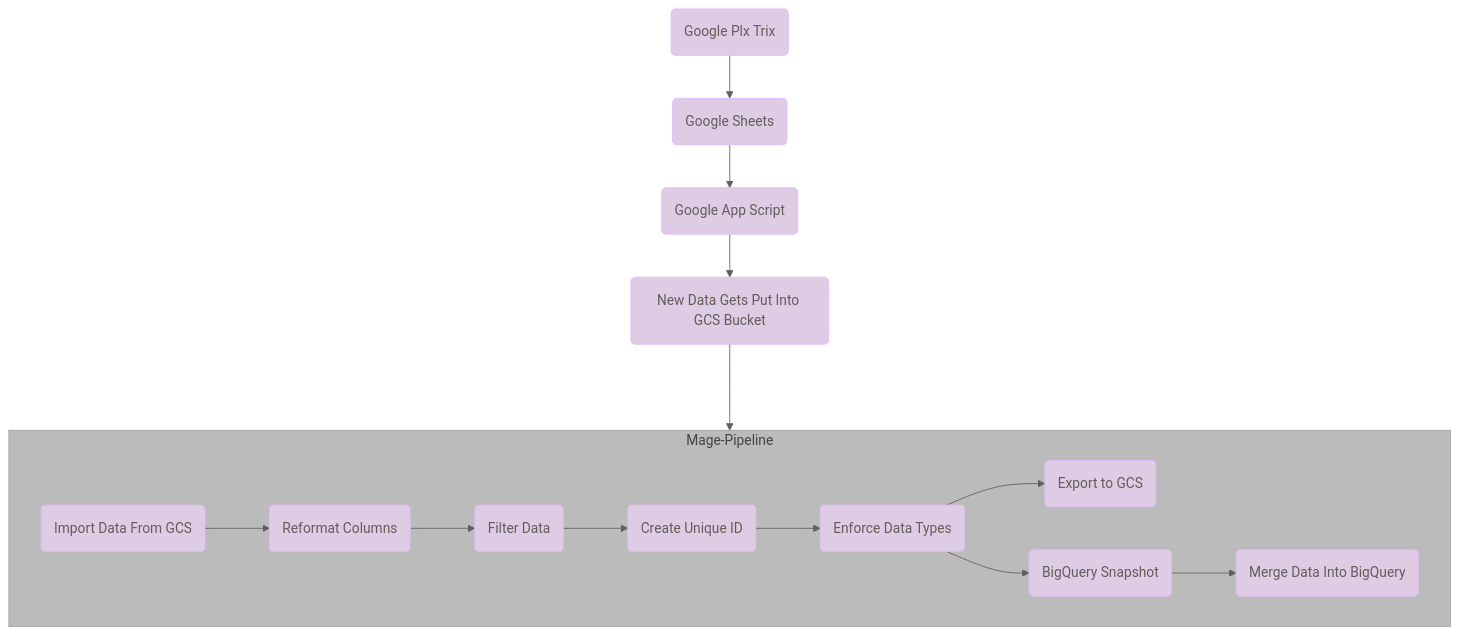
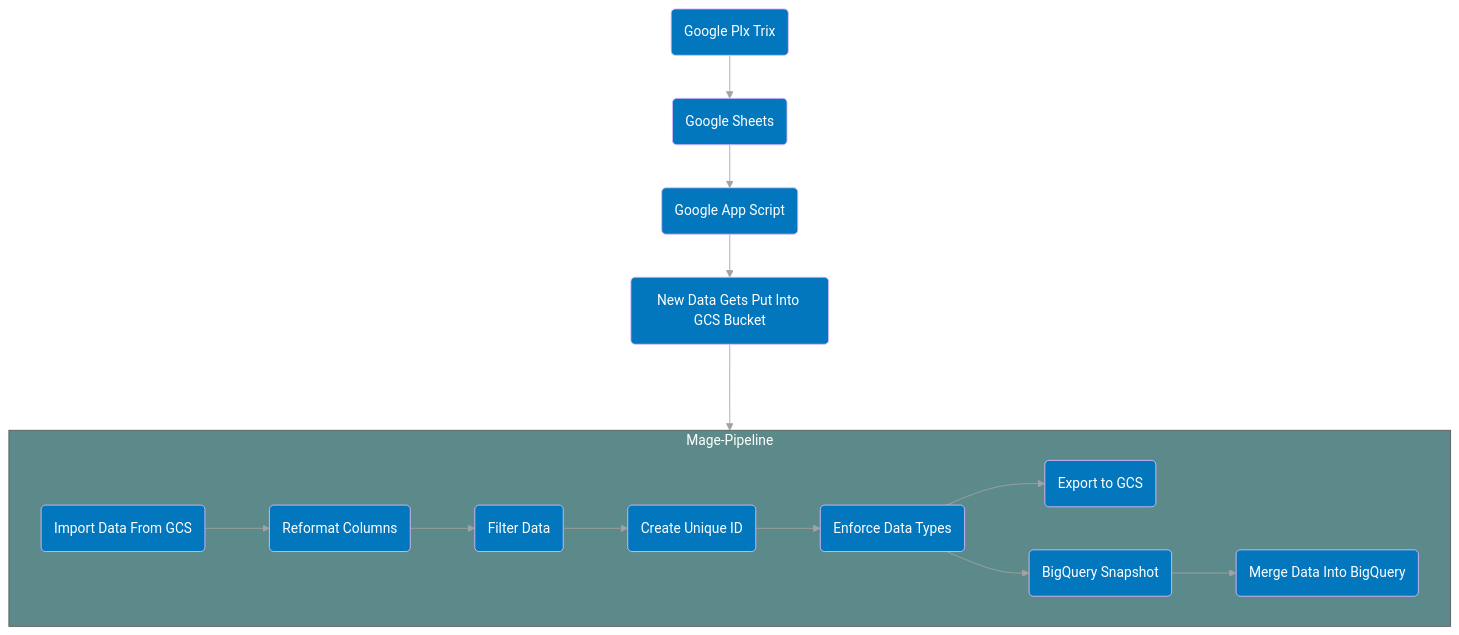
Before and after one commit to CarrierOps/1P-Wiki: the diagram in documentation/pipelines/gfa.md, drawn with Mermaid. The commit also changed 7 other files, not shown here.

````diff
--- a/documentation/pipelines/gfa.md
+++ b/documentation/pipelines/gfa.md
@@ -15,35 +15,37 @@
 ```mermaid
 %%{
   init: {
     'theme': 'base',
     'themeVariables': {
-      'primaryColor': '#decbe4',
-      'primaryTextColor': '#635d5c',
+      'primaryColor': '#0277bd',
+      'primaryTextColor': '#ffffff',
       'primaryBorderColor': '#e0bbff',
-      'lineColor': '#635d5c',
-      'secondaryColor': '#ffdac1',
-      'tertiaryColor': '#bbbbbb'
+      'lineColor': '#a2a2a2',
+      'secondaryColor': '#3f51b5',
+      'tertiaryColor': '#5c8a8a',
+      'tertiaryTextColor': '#ffffff'
     }
   }
 }%%
+
 
 flowchart TD
 id0(Google Plx Trix)
 id0000(Google Sheets)
 id00(Google App Script)
 id000(New Data Gets Put Into GCS Bucket)
 id0 --> id0000
 id0000 --> id00
 id00 --> id000
 
 subgraph Mage-Pipeline
   id1(Import Data From GCS) --> id2(Reformat Columns)-->
   id3(Filter Data) --> id4(Create Unique ID)-->
   id5(Enforce Data Types)--> id6(Export to GCS )
   id5(Enforce Data Types)--> id7(BigQuery Snapshot)-->
   id8(Merge Data Into BigQuery)
 end
 
 id000 ---> Mage-Pipeline
 
 ```
````
